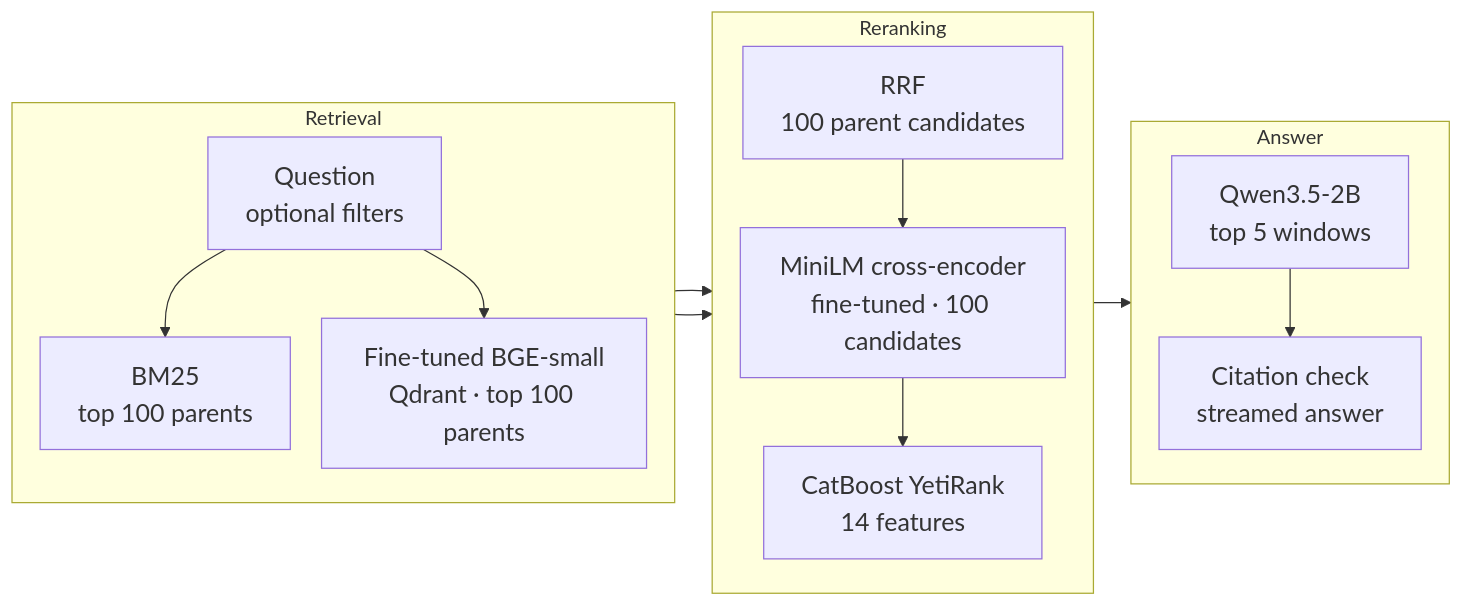
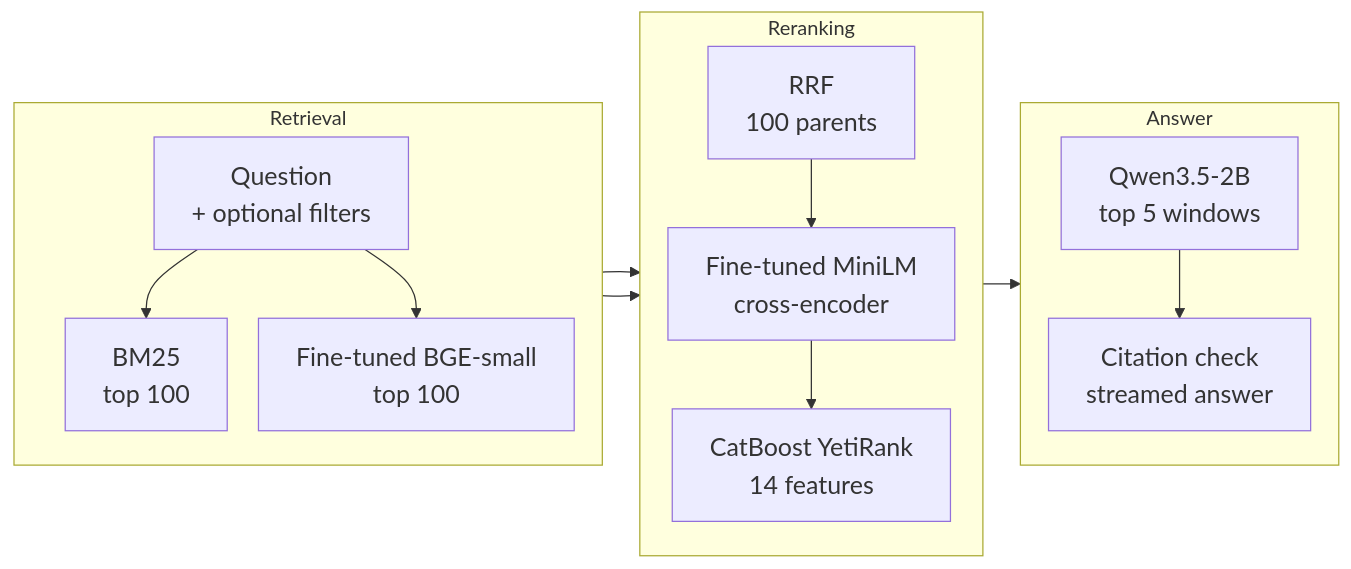
The diagram in README.md (flaretensor/ledgerlight), drawn with Mermaid before and after one commit.

Commit message:
style(readme): shorten pipeline diagram labels

````diff
--- a/README.md
+++ b/README.md
@@ -11,33 +11,33 @@
 ```mermaid
-%%{init: {"flowchart": {"nodeSpacing": 25, "rankSpacing": 30}}}%%
+%%{init: {"flowchart": {"nodeSpacing": 25, "rankSpacing": 30, "wrappingWidth": 300}}}%%
 flowchart LR
     classDef default font-size:20px;
 
     subgraph RET["Retrieval"]
         direction TB
-        Q["Question<br/>optional filters"]
-        B["BM25<br/>top 100 parents"]
-        D["Fine-tuned BGE-small<br/>Qdrant · top 100 parents"]
+        Q["Question<br/>+ optional filters"]
+        B["BM25<br/>top 100"]
+        D["Fine-tuned BGE-small<br/>top 100"]
         Q --> B
         Q --> D
     end
 
     subgraph RANK["Reranking"]
         direction TB
-        R["RRF<br/>100 parent candidates"]
-        C["MiniLM cross-encoder<br/>fine-tuned · 100 candidates"]
+        R["RRF<br/>100 parents"]
+        C["Fine-tuned MiniLM<br/>cross-encoder"]
         L["CatBoost YetiRank<br/>14 features"]
         R --> C --> L
     end
 
     subgraph ANS["Answer"]
         direction TB
         G["Qwen3.5-2B<br/>top 5 windows"]
         V["Citation check<br/>streamed answer"]
         G --> V
     end
 
     B --> R
     D --> R
     L --> G
 ```
````
